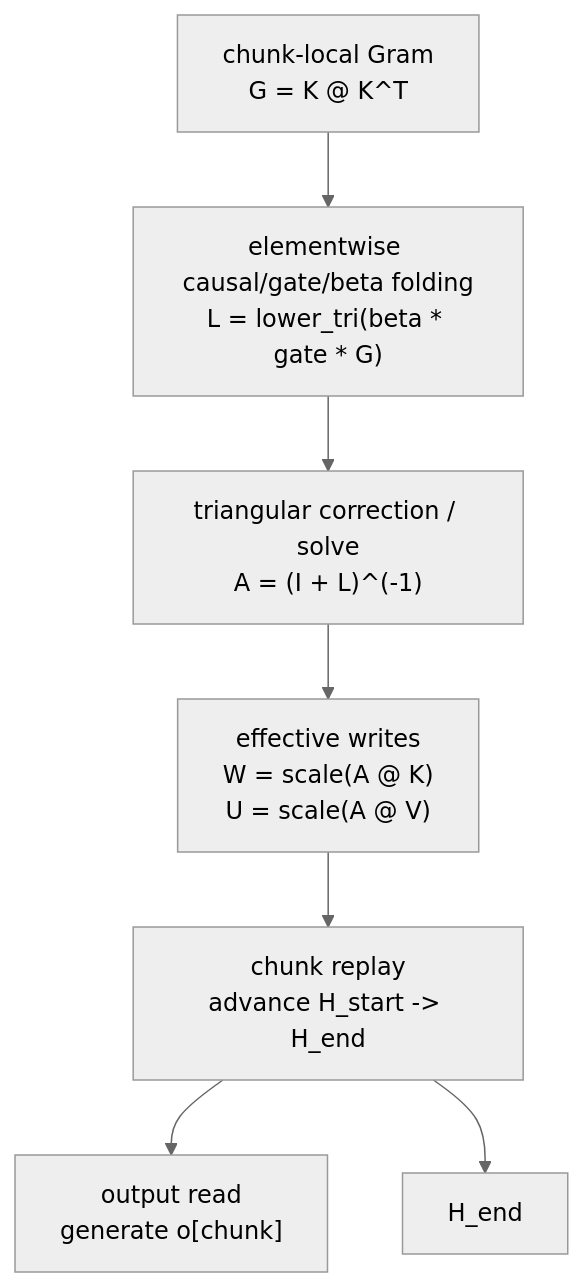
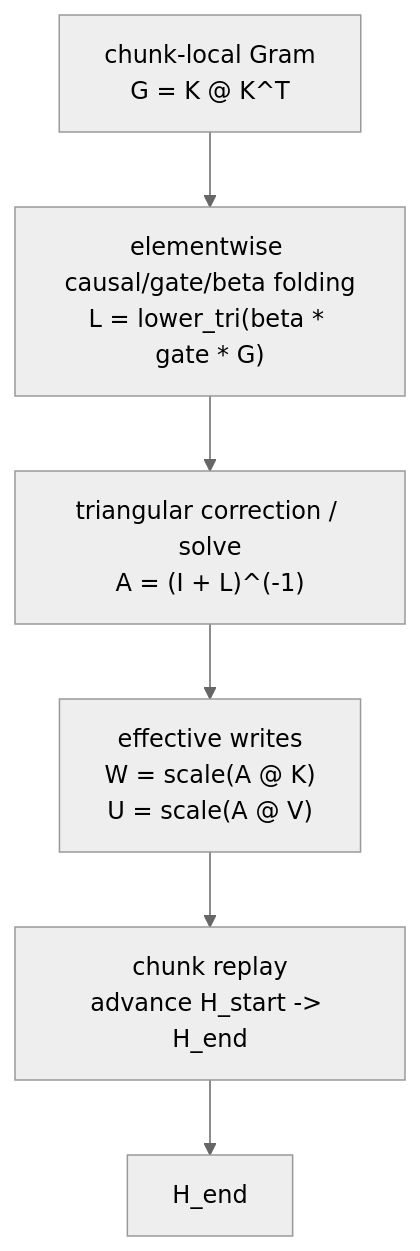
The diagram in presentations/gdn-prefill-cp-split-neumann-zh-v2.md (superAngGao/GDN-files), drawn with Mermaid (neutral theme) before and after one commit. The commit also changed other lines of this file, not shown here.

````diff
--- a/presentations/gdn-prefill-cp-split-neumann-zh-v2.md
+++ b/presentations/gdn-prefill-cp-split-neumann-zh-v2.md
@@ -65,16 +65,14 @@
 ```mermaid
 flowchart TD
     Gram["chunk-local Gram\nG = K @ K^T"]
     L["elementwise causal/gate/beta folding\nL = lower_tri(beta * gate * G)"]
     A["triangular correction / solve\nA = (I + L)^(-1)"]
     EW["effective writes\nW = scale(A @ K)\nU = scale(A @ V)"]
     Replay["chunk replay\nadvance H_start -> H_end"]
-    Output["output read\ngenerate o[chunk]"]
 
     Gram --> L
     L --> A
     A --> EW
     EW --> Replay
-    Replay --> Output
     Replay --> HEnd["H_end"]
 ```
````
